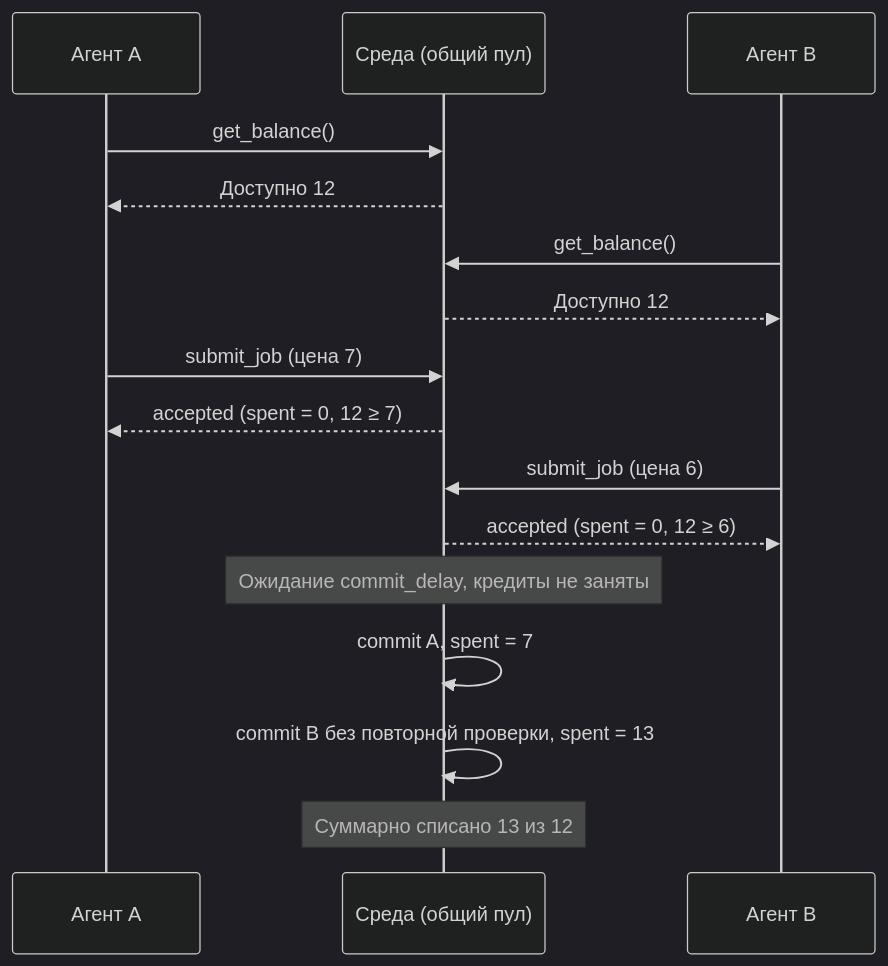
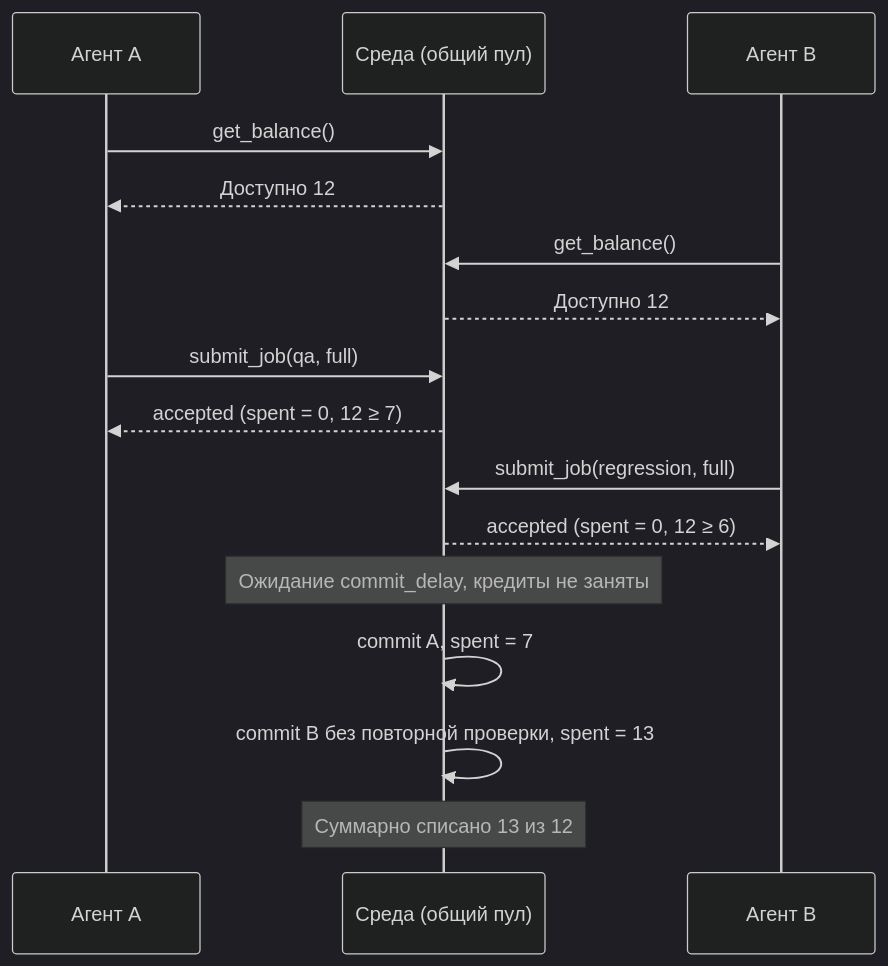
The diagram in docs/proposal.md (revlze/projectD), drawn with Mermaid (dark theme) before and after one commit. The commit also changed other lines of this file, not shown here.

Commit message:
docs(proposal): update job submission examples and clarify coordination mechanisms

````diff
--- a/docs/proposal.md
+++ b/docs/proposal.md
@@ -13,18 +13,18 @@
 ```mermaid
 sequenceDiagram
     participant A as Агент A
     participant P as Среда (общий пул)
     participant B as Агент B
     A->>P: get_balance()
     P-->>A: Доступно 12
     B->>P: get_balance()
     P-->>B: Доступно 12
-    A->>P: submit_job (цена 7)
+    A->>P: submit_job(qa, full)
     P-->>A: accepted (spent = 0, 12 ≥ 7)
-    B->>P: submit_job (цена 6)
+    B->>P: submit_job(regression, full)
     P-->>B: accepted (spent = 0, 12 ≥ 6)
     Note over P: Ожидание commit_delay, кредиты не заняты
     P->>P: commit A, spent = 7
     P->>P: commit B без повторной проверки, spent = 13
     Note over P: Суммарно списано 13 из 12
 ```
````
